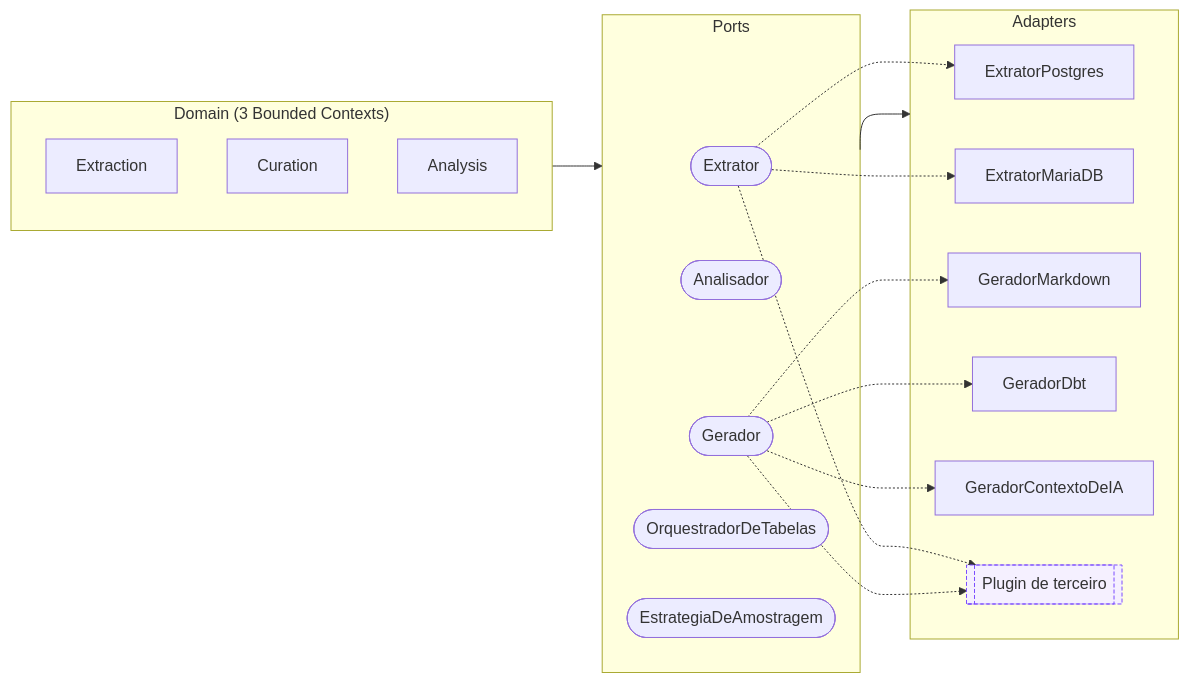
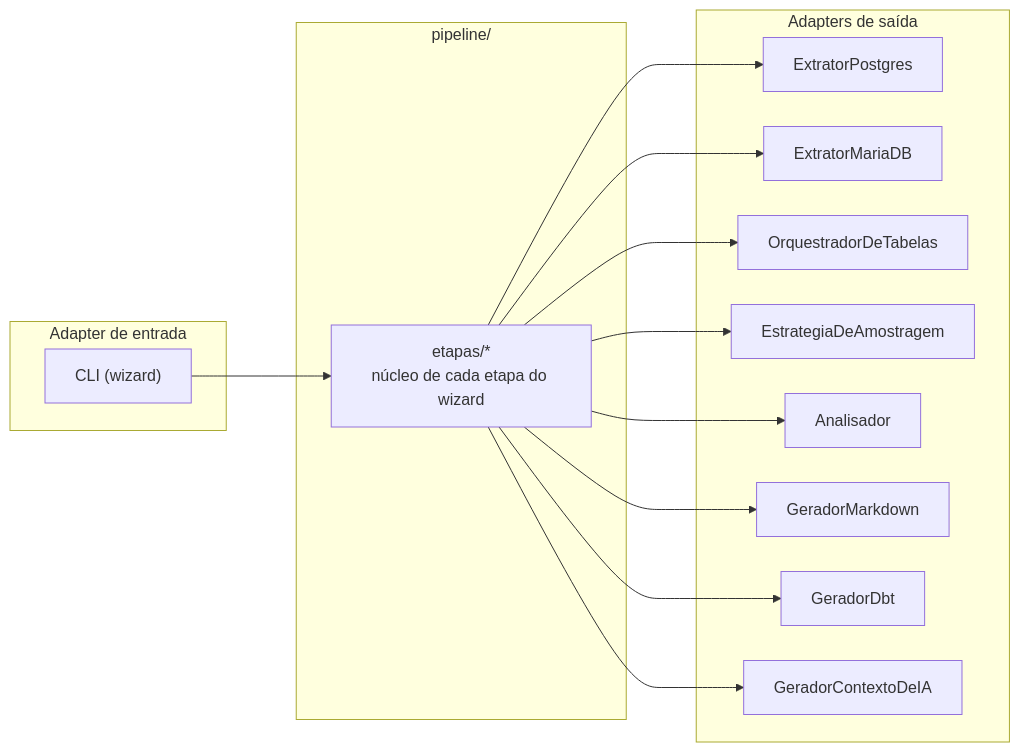
The diagram in site_docs/arquitetura/portas-e-adaptadores.md (ThiagoLimaC/ddf), drawn with Mermaid before and after one commit. The commit also changed other lines of this file and 12 other files, not shown here.

````diff
--- a/site_docs/arquitetura/portas-e-adaptadores.md
+++ b/site_docs/arquitetura/portas-e-adaptadores.md
@@ -47,37 +44,40 @@
 ```mermaid
+%%{init: {
+    "flowchart": {
+        "rankSpacing": 70,
+        "nodeSpacing": 35
+    }
+}}%%
+
 flowchart LR
-    subgraph domain["Domain (3 Bounded Contexts)"]
-        extraction2[Extraction]
-        curation2[Curation]
-        analysis2[Analysis]
+
+    subgraph inbound["Adapter de entrada"]
+        cli["CLI (wizard)"]
     end
 
-    subgraph ports["Ports"]
-        pExtrator(["Extrator"])
-        pAnalisador(["Analisador"])
-        pGerador(["Gerador"])
-        pOrquestrador(["OrquestradorDeTabelas"])
-        pAmostragem(["EstrategiaDeAmostragem"])
+    subgraph pipeline["pipeline/"]
+        pEtapas["etapas/*<br/>núcleo de cada etapa do wizard"]
     end
 
-    subgraph adapters["Adapters"]
+    subgraph adapters["Adapters de saída"]
         aPostgres[ExtratorPostgres]
         aMariadb[ExtratorMariaDB]
+        aOrquestrador[OrquestradorDeTabelas]
+        aAmostragem[EstrategiaDeAmostragem]
+        aAnalisador[Analisador]
         aMarkdown[GeradorMarkdown]
         aDbt[GeradorDbt]
         aIa[GeradorContextoDeIA]
-        aPlugin[["Plugin de terceiro"]]
     end
 
-    domain --> ports --> adapters
-    pExtrator -.-> aPostgres
-    pExtrator -.-> aMariadb
-    pExtrator -.-> aPlugin
-    pGerador -.-> aMarkdown
-    pGerador -.-> aDbt
-    pGerador -.-> aIa
-    pGerador -.-> aPlugin
+    cli --> pEtapas
 
-    classDef plugin fill:#f5f0ff,stroke:#7c4dff,stroke-dasharray: 4 2
-    class aPlugin plugin
+    pEtapas --> aPostgres
+    pEtapas --> aMariadb
+    pEtapas --> aOrquestrador
+    pEtapas --> aAmostragem
+    pEtapas --> aAnalisador
+    pEtapas --> aMarkdown
+    pEtapas --> aDbt
+    pEtapas --> aIa
 ```
````
